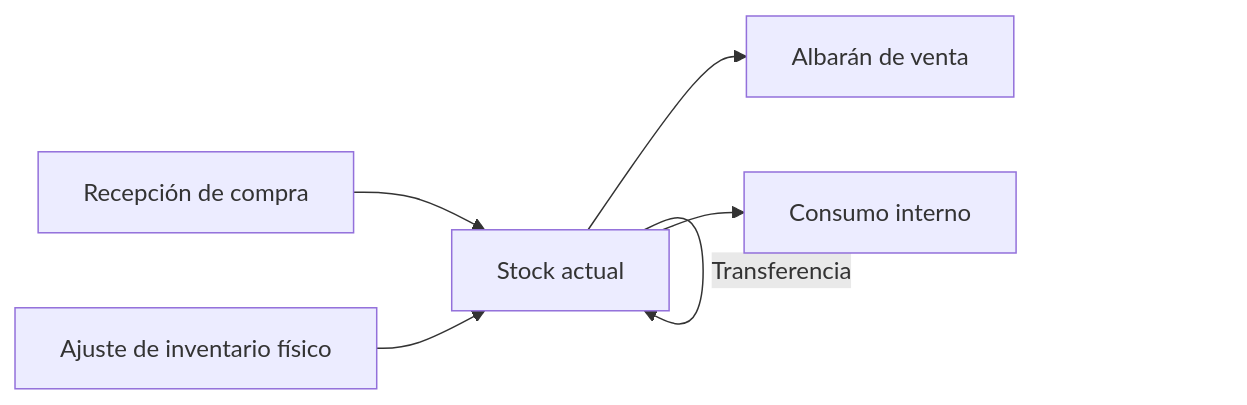
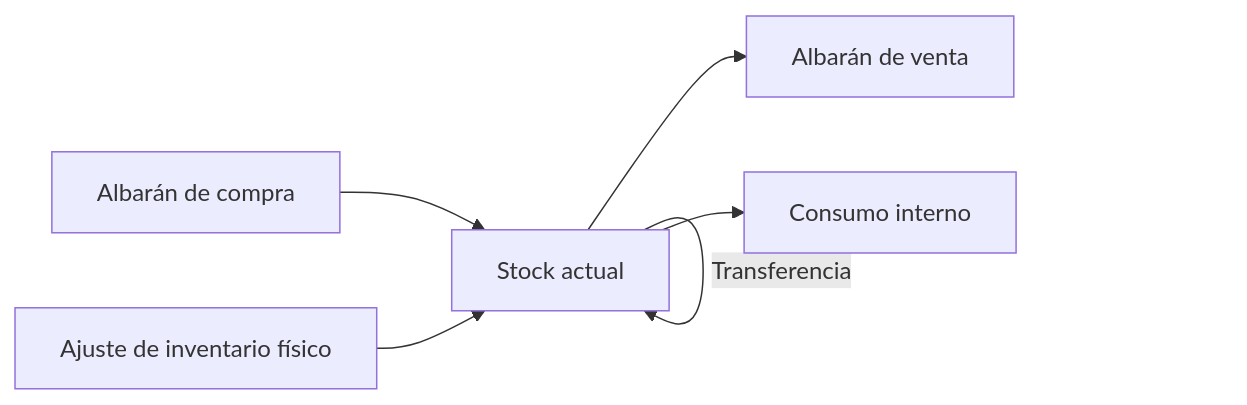
Before and after one commit to etendosoftware/etendo-go-docs: the diagram in docs/es/operaciones/inventario/que-es-inventario/que-es-inventario.md, drawn with Mermaid. The commit also changed other lines of this file and 23 other files, not shown here.

````diff
--- a/docs/es/operaciones/inventario/que-es-inventario/que-es-inventario.md
+++ b/docs/es/operaciones/inventario/que-es-inventario/que-es-inventario.md
@@ -16,8 +15,8 @@
 ```mermaid
 flowchart LR
-  A[Recepción de compra] --> C[Stock actual]
+  A[Albarán de compra] --> C[Stock actual]
   B[Ajuste de inventario físico] --> C
   C -->|Transferencia| C
   C --> D[Albarán de venta]
   C --> E[Consumo interno]
 ```
````
